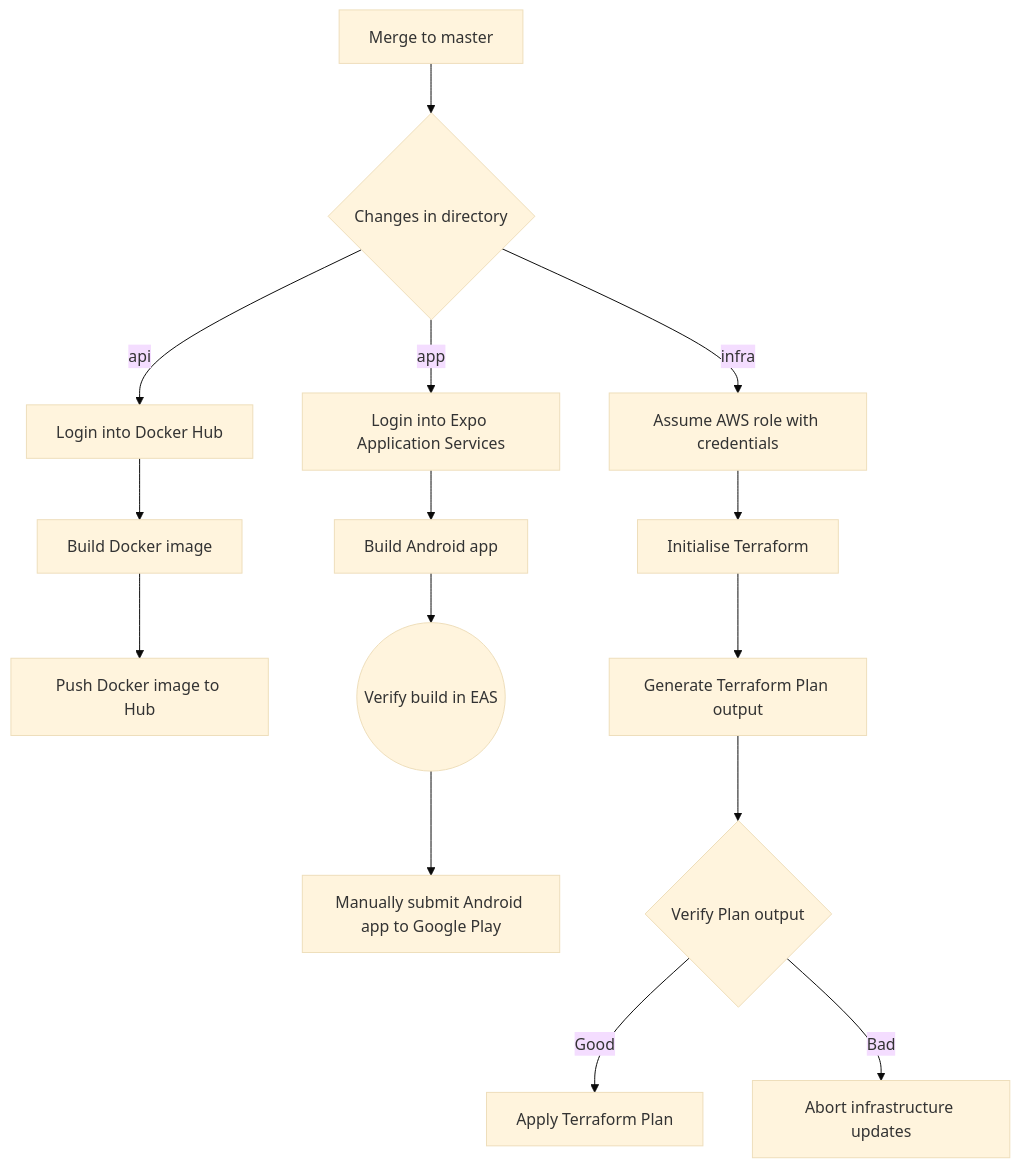
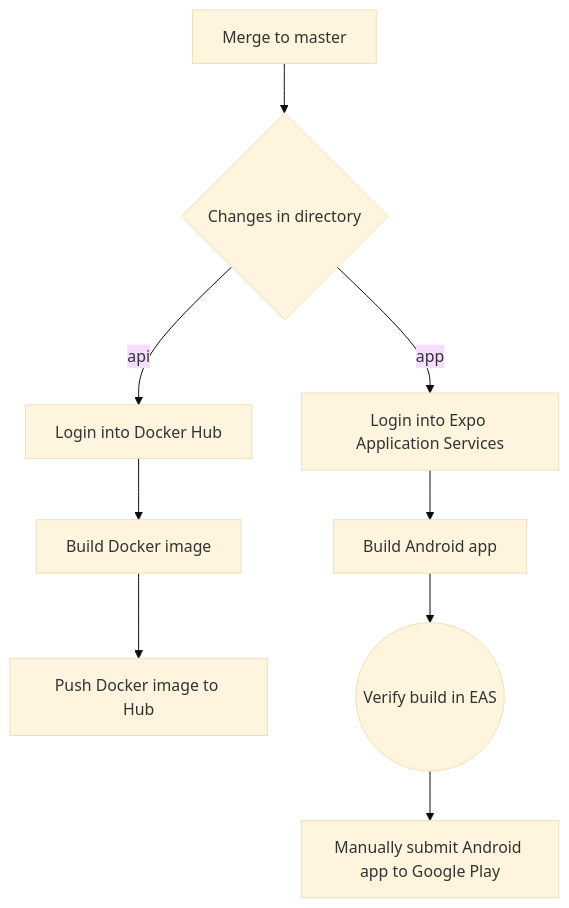
One commit to ryanachten/robic changed the diagram in .github/workflows/README.md. Above: the diagram before and after it, drawn with Mermaid (base theme). The commit also changed other lines of this file and 4 other files, not shown here.

````diff
--- a/.github/workflows/README.md
+++ b/.github/workflows/README.md
@@ -1,20 +5,13 @@
 ```mermaid
 graph TD;
     start[Merge to master]-->changes{Changes in directory}
     
     changes-->|api|loginDocker[Login into Docker Hub]
         -->buildDocker[Build Docker image]
         -->pushDocker[Push Docker image to Hub]
     
     changes-->|app|loginExpo[Login into Expo Application Services]
         -->buildAndroid[Build Android app]
         -->loginEas((Verify build in EAS))
         -->submitAndroid[Manually submit Android app to Google Play]
-
-    changes-->|infra|assumeRole[Assume AWS role with credentials]
-        -->terraformInit[Initialise Terraform]
-        -->terraformPlan[Generate Terraform Plan output]
-        -->verifyChanges{Verify Plan output}
-        -->|Good|applyPlan[Apply Terraform Plan]
-        verifyChanges-->|Bad|abort[Abort infrastructure updates]
 ```
````
